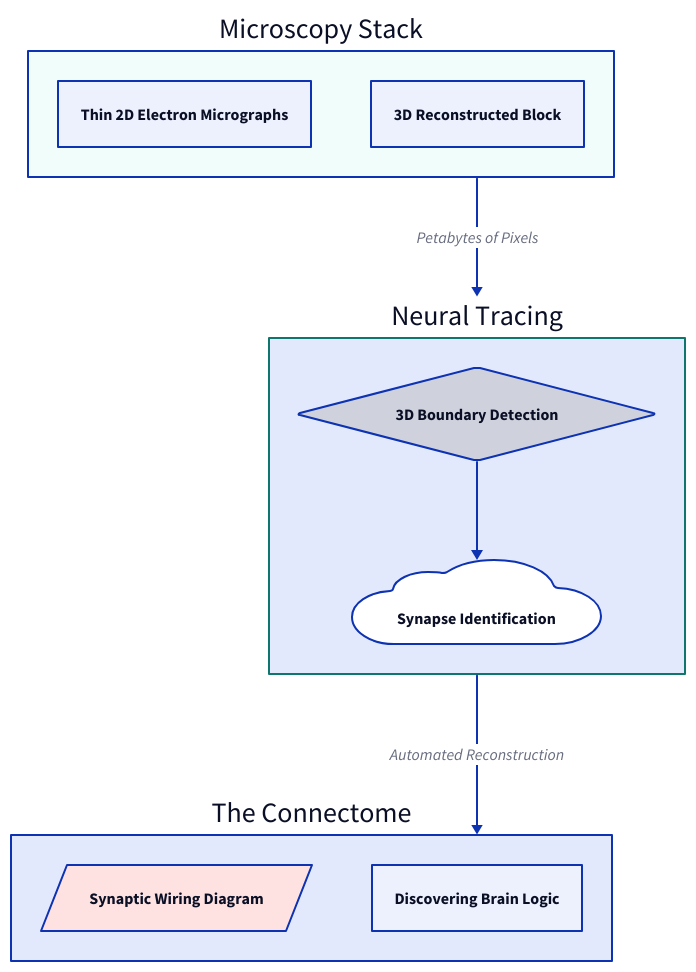
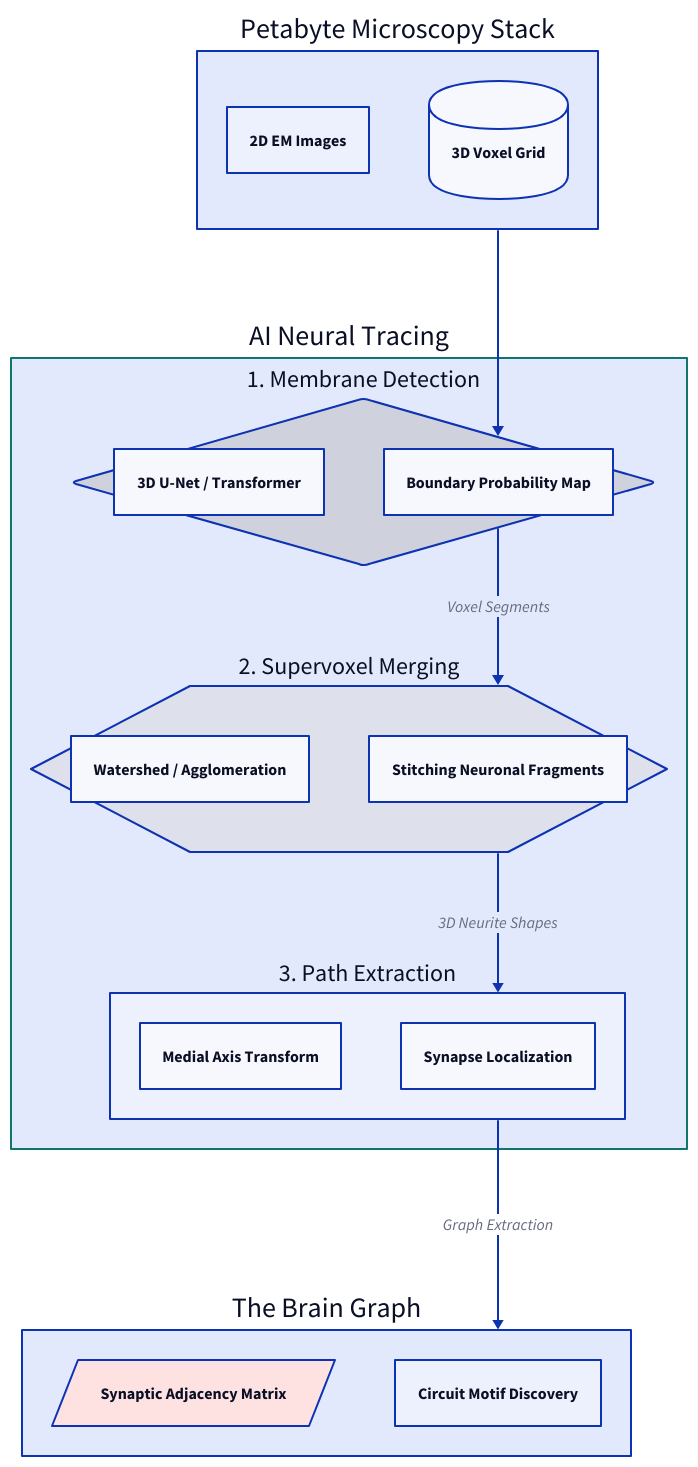
Before and after one commit to s-chudmunge/eulerfold: the diagram in content/articles/how-is-ai-mapping-the-brain-connectomics.md, drawn with D2. The commit also changed 45 other files, not shown here.

````diff
--- a/content/articles/how-is-ai-mapping-the-brain-connectomics.md
+++ b/content/articles/how-is-ai-mapping-the-brain-connectomics.md
@@ -31,31 +31,46 @@
 ```d2
 direction: down
 
-Data: "Microscopy Stack" {
-  Slices: "Thin 2D Electron Micrographs"
-  Volume: "3D Reconstructed Block"
-  style: { fill: "#f0fdfa" }
+RawData: "Petabyte Microscopy Stack" {
+  Slices: "2D EM Images" {shape: rectangle}
+  Volume: "3D Voxel Grid" {shape: cylinder}
 }
 
-AI_Vision: "Neural Tracing" {
-  style: { stroke: "#0f766e"; stroke-width: 2 }
-  Segmentation: "3D Boundary Detection" {
+Segmentation_Pipeline: "AI Neural Tracing" {
+  style: {
+    stroke: "#0f766e"
+    stroke-width: 2
+  }
+
+  Boundary_AI: "1. Membrane Detection" {
     shape: diamond
+    Model: "3D U-Net / Transformer"
+    Output: "Boundary Probability Map"
   }
-  Synapse: "Synapse Identification" {
-    shape: cloud
+
+  Agglomeration: "2. Supervoxel Merging" {
+    shape: hexagon
+    Logic: "Watershed / Agglomeration"
+    Action: "Stitching Neuronal Fragments"
   }
-  Segmentation -> Synapse
+
+  Skeletonization: "3. Path Extraction" {
+    Centerline: "Medial Axis Transform"
+    Nodes: "Synapse Localization"
+  }
+
+  Boundary_AI -> Agglomeration: "Voxel Segments"
+  Agglomeration -> Skeletonization: "3D Neurite Shapes"
 }
 
-Result: "The Connectome" {
-  Graph: "Synaptic Wiring Diagram" {
+Connectome: "The Brain Graph" {
+  Wiring: "Synaptic Adjacency Matrix" {
     shape: parallelogram
-    style: { fill: "#fee2e2" }
+    style: {fill: "#fee2e2"}
   }
-  Insight: "Discovering Brain Logic"
+  Topology: "Circuit Motif Discovery"
 }
 
-Data -> AI_Vision: "Petabytes of Pixels"
-AI_Vision -> Result: "Automated Reconstruction"
+RawData -> Segmentation_Pipeline.Boundary_AI
+Segmentation_Pipeline.Skeletonization -> Connectome: "Graph Extraction"
 ```
````
